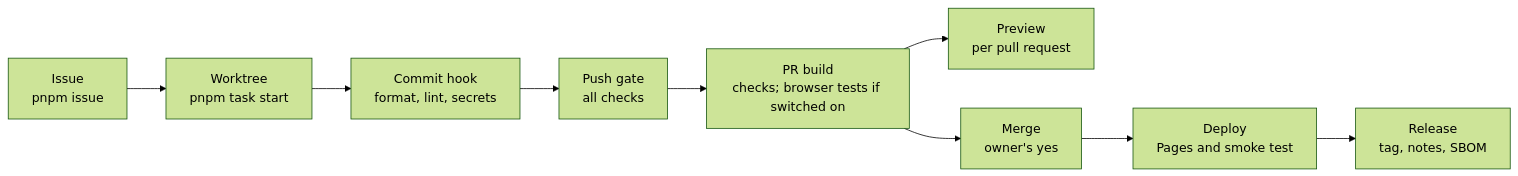
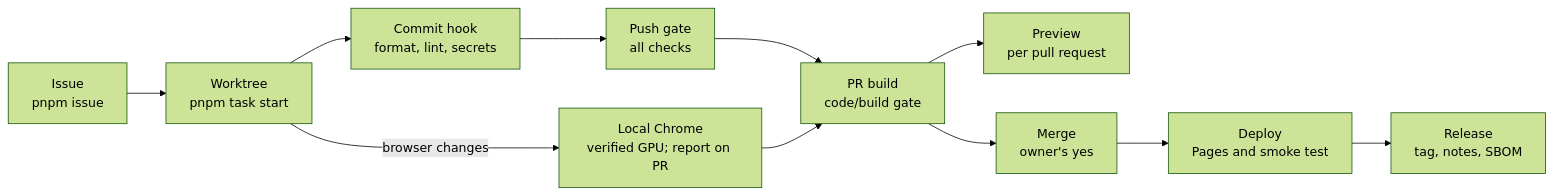
The diagram in engineering/README.md (SaschaBrunnerCH/agentic-starter-ts), drawn with Mermaid (forest theme) before and after one commit. The commit also changed other lines of this file and 4 other files, not shown here.

Commit message:
Align browser CI summaries with local GPU acceptance (#79)

````diff
--- a/engineering/README.md
+++ b/engineering/README.md
@@ -15,11 +15,13 @@
 ```mermaid
 flowchart LR
   issue["Issue<br/>pnpm issue"] --> task["Worktree<br/>pnpm task start"]
   task --> commit["Commit hook<br/>format, lint, secrets"]
   commit --> push["Push gate<br/>all checks"]
-  push --> pr["PR build<br/>checks; browser tests if switched on"]
+  push --> pr["PR build<br/>code/build gate"]
+  task -->|browser changes| browser["Local Chrome<br/>verified GPU; report on PR"]
+  browser --> pr
   pr --> preview["Preview<br/>per pull request"]
   pr --> merge["Merge<br/>owner's yes"]
   merge --> deploy["Deploy<br/>Pages and smoke test"]
   deploy --> release["Release<br/>tag, notes, SBOM"]
 ```
````
